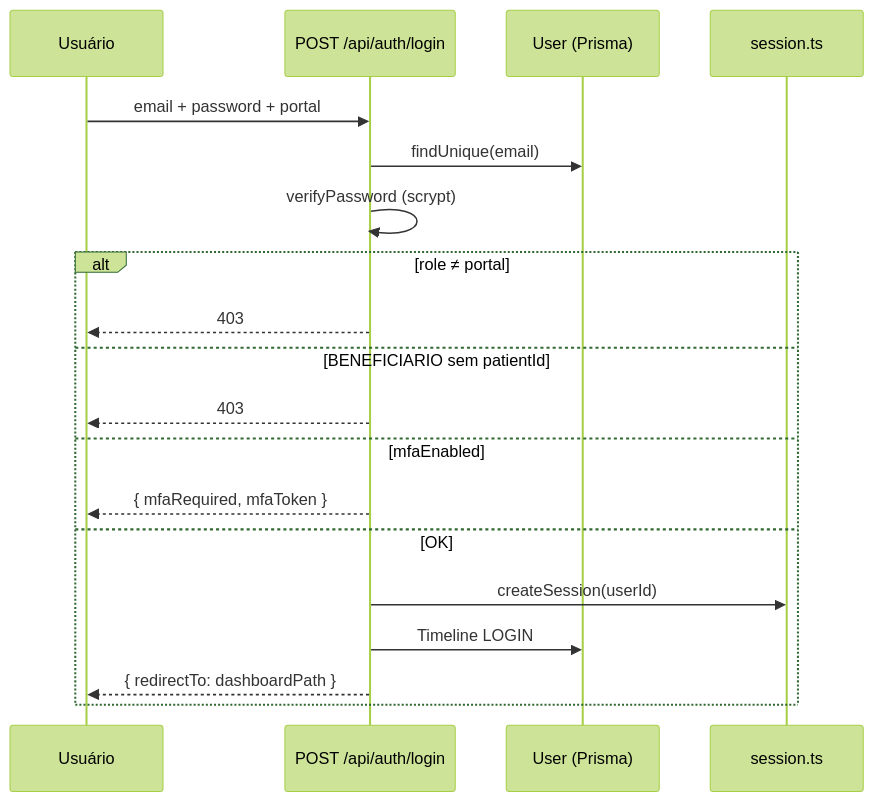
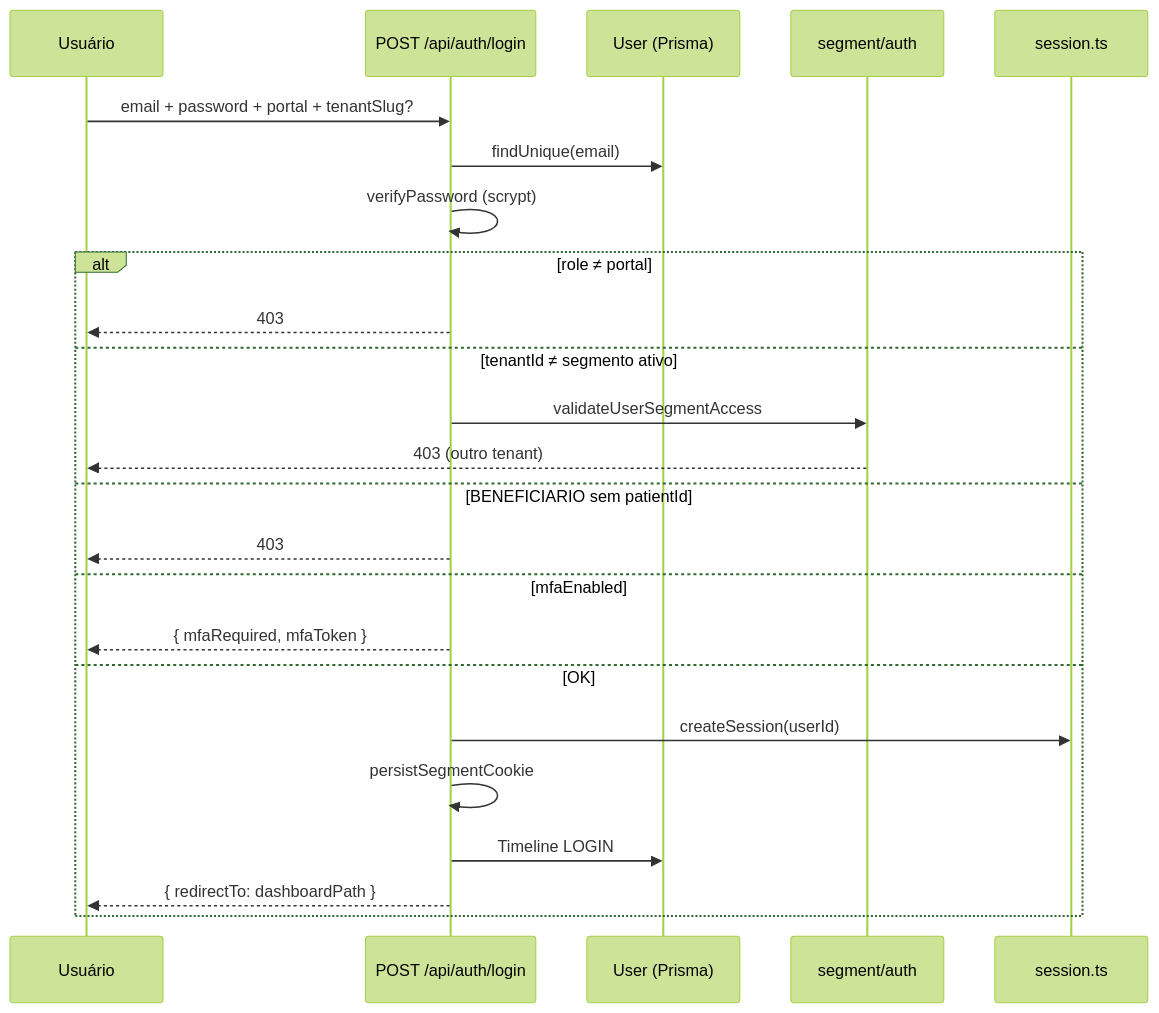
Before and after one commit to Piulres/sistema-bibi: the third of 10 diagrams in docs/produto/FLUXOS.md, drawn with Mermaid (forest theme). The commit also changed other lines of this file and 6 other files, not shown here.

First line of the commit message:
docs: segmento via API, login multi-tenant e escopo de precificação

````diff
--- a/docs/produto/FLUXOS.md
+++ b/docs/produto/FLUXOS.md
@@ -145,22 +167,27 @@
 ```mermaid
 sequenceDiagram
   participant U as Usuário
   participant API as POST /api/auth/login
   participant DB as User (Prisma)
+  participant Seg as segment/auth
   participant S as session.ts
 
-  U->>API: email + password + portal
+  U->>API: email + password + portal + tenantSlug?
   API->>DB: findUnique(email)
   API->>API: verifyPassword (scrypt)
   alt role ≠ portal
     API-->>U: 403
+  else tenantId ≠ segmento ativo
+    API->>Seg: validateUserSegmentAccess
+    Seg-->>U: 403 (outro tenant)
   else BENEFICIARIO sem patientId
     API-->>U: 403
   else mfaEnabled
     API-->>U: { mfaRequired, mfaToken }
   else OK
     API->>S: createSession(userId)
+    API->>API: persistSegmentCookie
     API->>DB: Timeline LOGIN
     API-->>U: { redirectTo: dashboardPath }
   end
 ```
````
